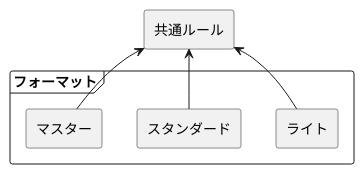
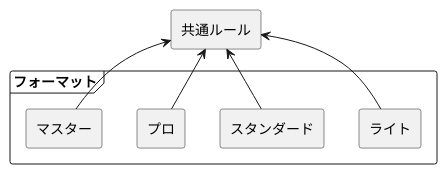
Before and after one commit to BlackPoker/BlackPoker: the diagram in source/format-common/format-common.rst, drawn with PlantUML. The commit also changed 10 other files, not shown here.

```diff
--- a/source/format-common/format-common.rst
+++ b/source/format-common/format-common.rst
@@ -12,13 +12,15 @@
 .. uml::
 
     rectangle "共通ルール" as common
 
     frame "フォーマット" as format{
         rectangle "ライト" as light
         rectangle "スタンダード" as std
+        rectangle "プロ" as pro
         rectangle "マスター" as master
     }
 
     common <-- light
     common <-- std
+    common <-- pro
     common <-- master
```
